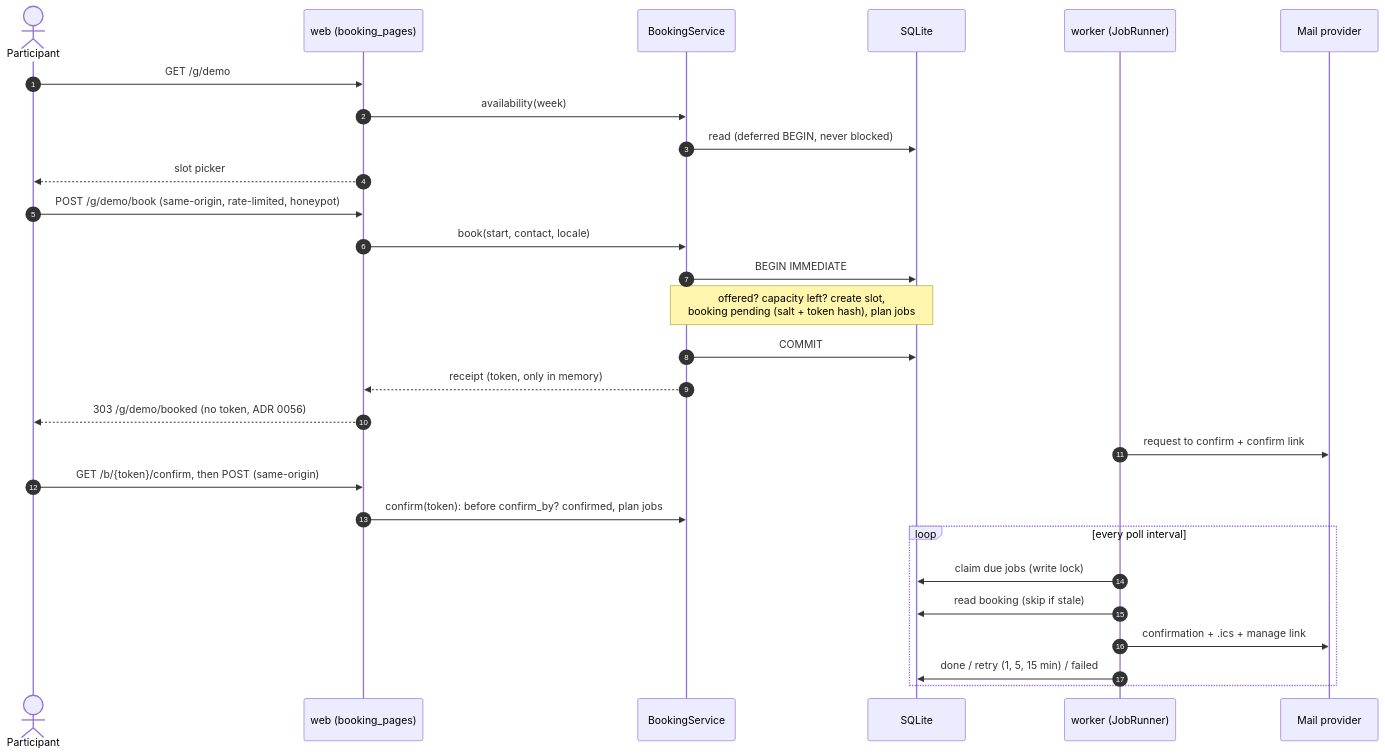
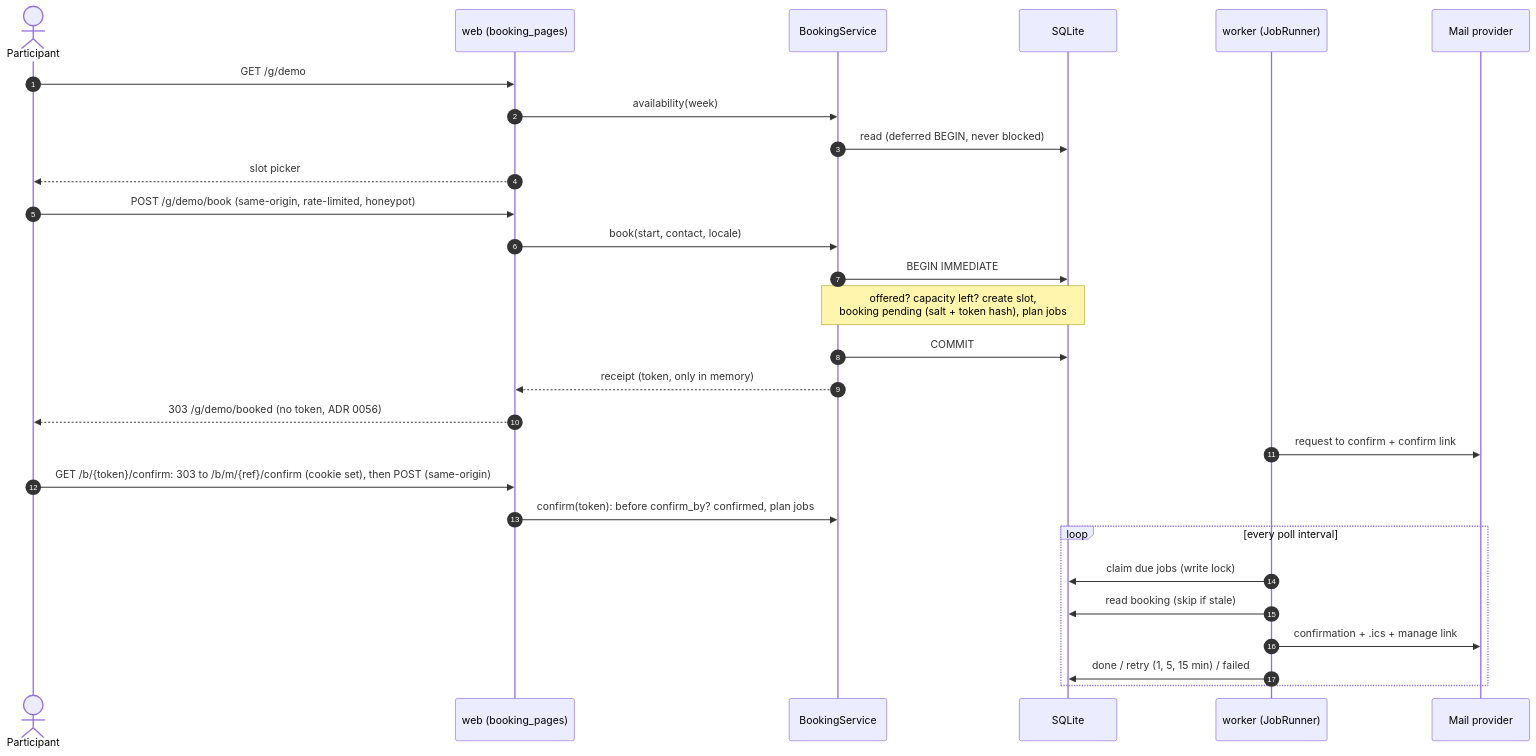
The sixth of 15 diagrams in docs/architecture.md (3Corners-Labs/OpenPlanner), drawn with Mermaid before and after one commit. The commit also changed other lines of this file and 27 other files, not shown here.

````diff
--- a/docs/architecture.md
+++ b/docs/architecture.md
@@ -462,31 +462,31 @@
 ```mermaid
 sequenceDiagram
     autonumber
     actor C as Participant
     participant W as web (booking_pages)
     participant S as BookingService
     participant DB as SQLite
     participant K as worker (JobRunner)
     participant M as Mail provider
 
     C->>W: GET /g/demo
     W->>S: availability(week)
     S->>DB: read (deferred BEGIN, never blocked)
     W-->>C: slot picker
     C->>W: POST /g/demo/book (same-origin, rate-limited, honeypot)
     W->>S: book(start, contact, locale)
     S->>DB: BEGIN IMMEDIATE
     Note over S,DB: offered? capacity left? create slot,<br/>booking pending (salt + token hash), plan jobs
     S->>DB: COMMIT
     S-->>W: receipt (token, only in memory)
     W-->>C: 303 /g/demo/booked (no token, ADR 0056)
     K->>M: request to confirm + confirm link
-    C->>W: GET /b/{token}/confirm, then POST (same-origin)
+    C->>W: GET /b/{token}/confirm: 303 to /b/m/{ref}/confirm (cookie set), then POST (same-origin)
     W->>S: confirm(token): before confirm_by? confirmed, plan jobs
     loop every poll interval
         K->>DB: claim due jobs (write lock)
         K->>DB: read booking (skip if stale)
         K->>M: confirmation + .ics + manage link
         K->>DB: done / retry (1, 5, 15 min) / failed
     end
 ```
````
